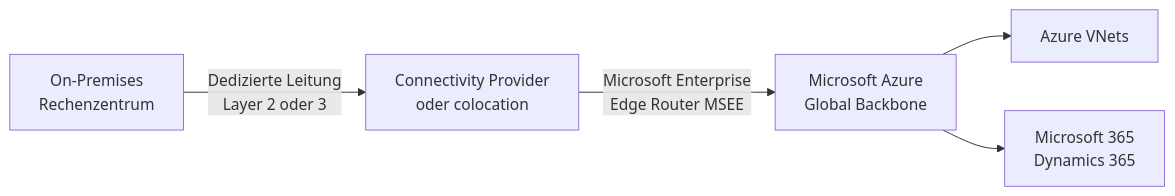
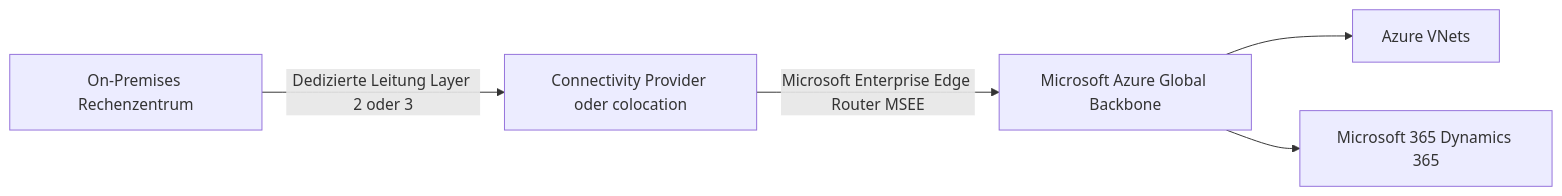
Before and after one commit to SoniiiT/notes-n-docs: the first of 13 diagrams in Microsoft 365/Azure/Netzwerk/Azure ExpressRoute.md, drawn with Mermaid. The commit also changed other lines of this file and 124 other files, not shown here.

First line of the commit message:
fix: Entferne \n aus allen Mermaid-Diagrammen (125 Dateien)

````diff
--- a/Microsoft 365/Azure/Netzwerk/Azure ExpressRoute.md
+++ b/Microsoft 365/Azure/Netzwerk/Azure ExpressRoute.md
@@ -29,7 +29,7 @@
 ```mermaid
 graph LR
-    ONPREM[On-Premises\nRechenzentrum] -->|Dedizierte Leitung\nLayer 2 oder 3| PROVIDER[Connectivity Provider\noder colocation]
-    PROVIDER -->|Microsoft Enterprise\nEdge Router MSEE| AZURE[Microsoft Azure\nGlobal Backbone]
+    ONPREM[On-Premises Rechenzentrum] -->|Dedizierte Leitung Layer 2 oder 3| PROVIDER[Connectivity Provider oder colocation]
+    PROVIDER -->|Microsoft Enterprise Edge Router MSEE| AZURE[Microsoft Azure Global Backbone]
     AZURE --> VNET[Azure VNets]
-    AZURE --> M365[Microsoft 365\nDynamics 365]
+    AZURE --> M365[Microsoft 365 Dynamics 365]
 ```
````
